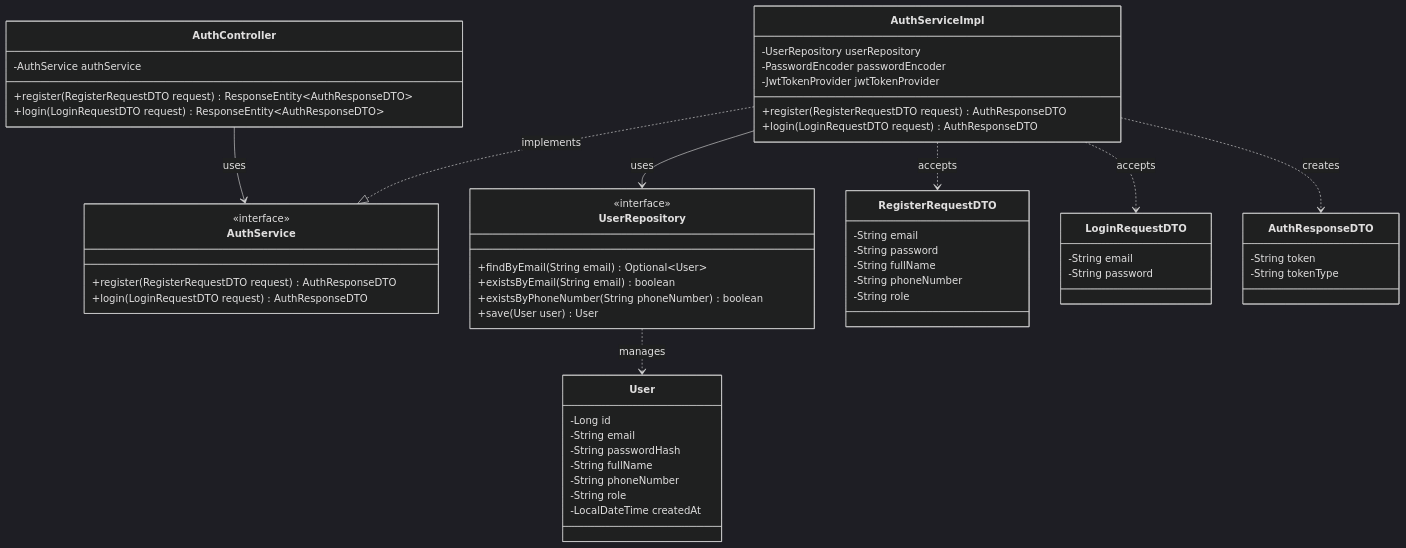
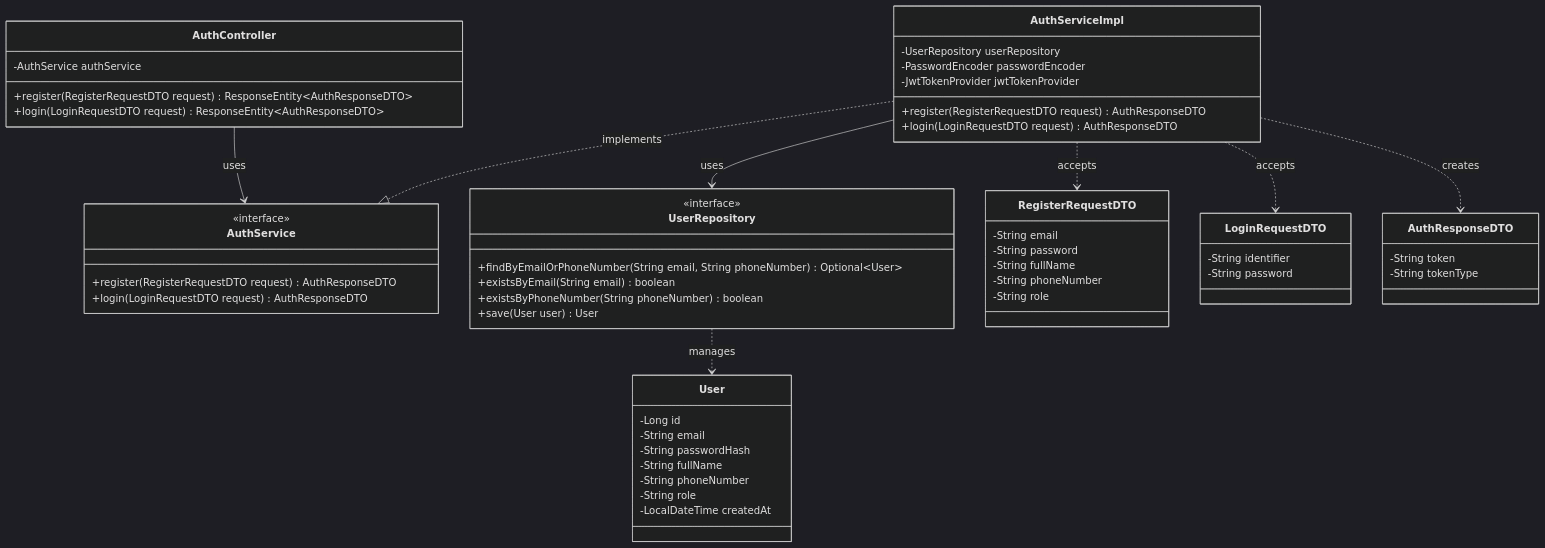
One commit to BlackyB0o/CS261_650001_group5 changed the fifth of 7 diagrams in docs/task-04/README.md. Above: the diagram before and after it, drawn with Mermaid (dark theme). The commit also changed other lines of this file, not shown here.

Commit message:
docs: finalize task 04 identifier login and role selection

````diff
--- a/docs/task-04/README.md
+++ b/docs/task-04/README.md
@@ -193,66 +196,66 @@
 ```mermaid
 classDiagram
     class AuthController {
         -AuthService authService
         +register(RegisterRequestDTO request) ResponseEntity~AuthResponseDTO~
         +login(LoginRequestDTO request) ResponseEntity~AuthResponseDTO~
     }
 
     class AuthService {
         <<interface>>
         +register(RegisterRequestDTO request) AuthResponseDTO
         +login(LoginRequestDTO request) AuthResponseDTO
     }
 
     class AuthServiceImpl {
         -UserRepository userRepository
         -PasswordEncoder passwordEncoder
         -JwtTokenProvider jwtTokenProvider
         +register(RegisterRequestDTO request) AuthResponseDTO
         +login(LoginRequestDTO request) AuthResponseDTO
     }
 
     class UserRepository {
         <<interface>>
-        +findByEmail(String email) Optional~User~
+        +findByEmailOrPhoneNumber(String email, String phoneNumber) Optional~User~
         +existsByEmail(String email) boolean
         +existsByPhoneNumber(String phoneNumber) boolean
         +save(User user) User
     }
 
     class User {
         -Long id
         -String email
         -String passwordHash
         -String fullName
         -String phoneNumber
         -String role
         -LocalDateTime createdAt
     }
 
     class RegisterRequestDTO {
         -String email
         -String password
         -String fullName
         -String phoneNumber
         -String role
     }
 
     class LoginRequestDTO {
-        -String email
+        -String identifier
         -String password
     }
 
     class AuthResponseDTO {
         -String token
         -String tokenType
     }
 
     AuthController --> AuthService : uses
     AuthServiceImpl ..|> AuthService : implements
     AuthServiceImpl --> UserRepository : uses
     UserRepository ..> User : manages
     AuthServiceImpl ..> RegisterRequestDTO : accepts
     AuthServiceImpl ..> LoginRequestDTO : accepts
     AuthServiceImpl ..> AuthResponseDTO : creates
 ```
````
